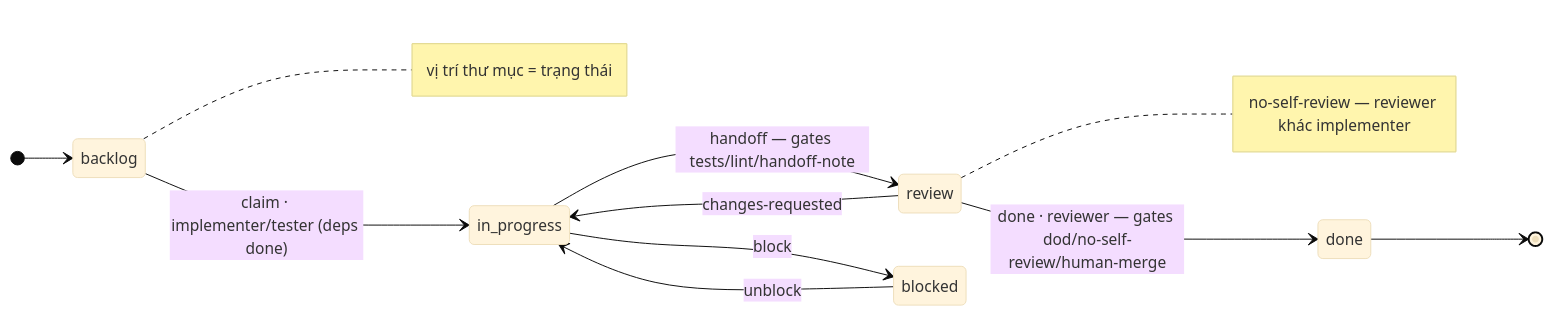
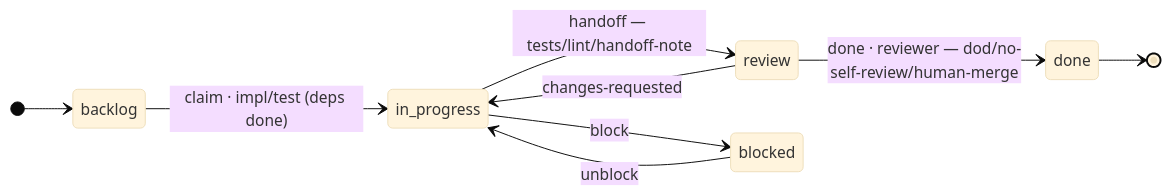
Before and after one commit to fioenix/hatch: the second of 2 diagrams in hatch/docs/architecture-diagram.md, drawn with Mermaid (base theme). The commit also changed other lines of this file and 12 other files, not shown here.

First line of the commit message:
Add PDLC workflow templates; plaintext-first diagrams; de-brand colors

````diff
--- a/hatch/docs/architecture-diagram.md
+++ b/hatch/docs/architecture-diagram.md
@@ -77,15 +126,12 @@
 ```mermaid
 stateDiagram-v2
   direction LR
   [*] --> backlog
-  backlog --> in_progress: claim · implementer/tester (deps done)
-  in_progress --> review: handoff — gates tests/lint/handoff-note
-  review --> done: done · reviewer — gates dod/no-self-review/human-merge
+  backlog --> in_progress: claim · impl/test (deps done)
+  in_progress --> review: handoff — tests/lint/handoff-note
+  review --> done: done · reviewer — dod/no-self-review/human-merge
   review --> in_progress: changes-requested
   in_progress --> blocked: block
   blocked --> in_progress: unblock
   done --> [*]
-
-  note right of backlog: vị trí thư mục = trạng thái
-  note right of review: no-self-review — reviewer khác implementer
 ```
````
